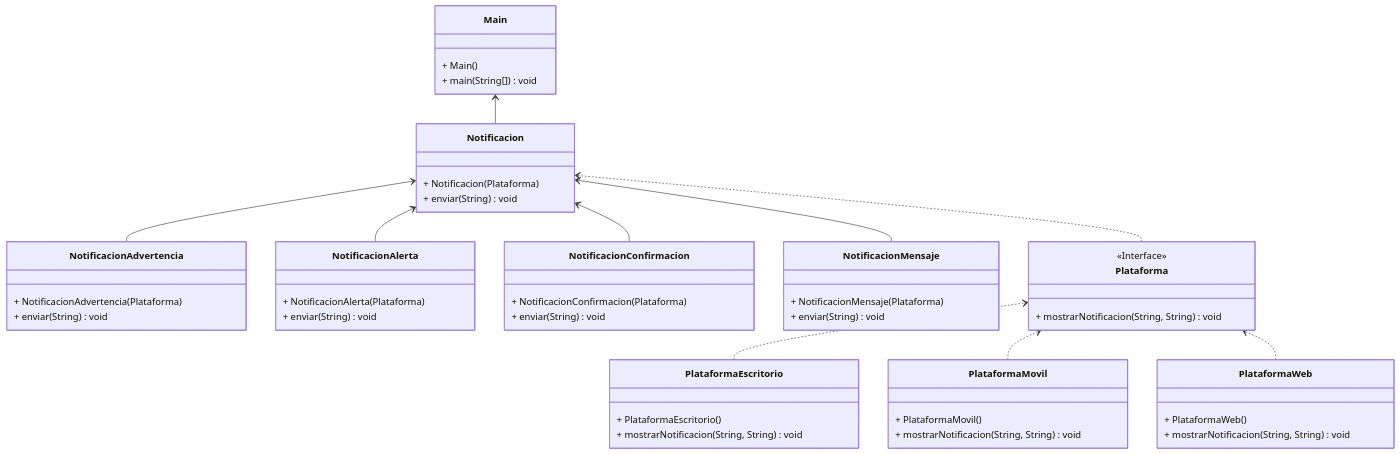
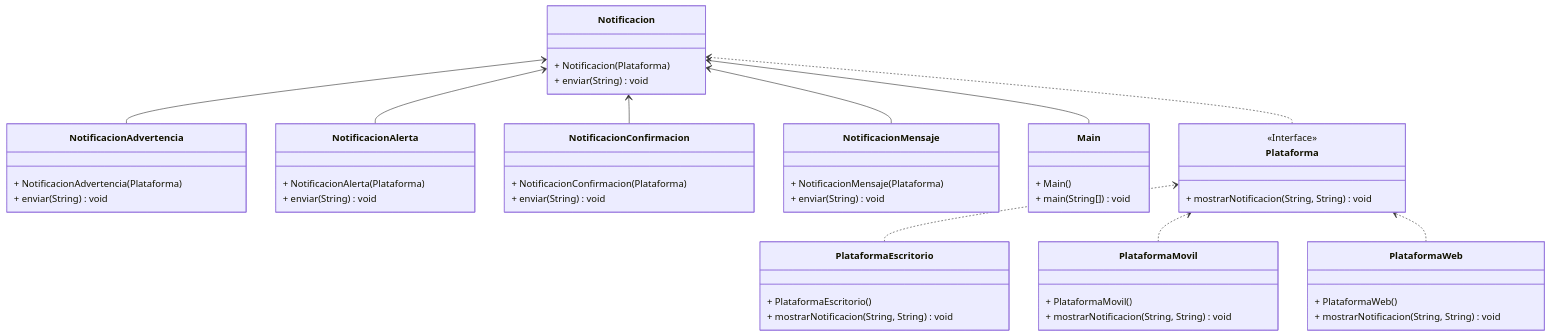
Before and after one commit to earamirez190/unisabana-maestria-arq-sw1-act1: the diagram in escenario2/DiagrmaClases.md, drawn with Mermaid. The commit also changed 1 other file, not shown here.

Commit message:
Escenario 2 ajuste Diagrama clases

````diff
--- a/escenario2/DiagrmaClases.md
+++ b/escenario2/DiagrmaClases.md
@@ -3,58 +3,58 @@
 ```mermaid
 
 
 
 classDiagram
 direction BT
 class Main {
   + Main() 
   + main(String[]) void
 }
 class Notificacion {
   + Notificacion(Plataforma) 
   + enviar(String) void
 }
 class NotificacionAdvertencia {
   + NotificacionAdvertencia(Plataforma) 
   + enviar(String) void
 }
 class NotificacionAlerta {
   + NotificacionAlerta(Plataforma) 
   + enviar(String) void
 }
 class NotificacionConfirmacion {
   + NotificacionConfirmacion(Plataforma) 
   + enviar(String) void
 }
 class NotificacionMensaje {
   + NotificacionMensaje(Plataforma) 
   + enviar(String) void
 }
 class Plataforma {
 <<Interface>>
   + mostrarNotificacion(String, String) void
 }
 class PlataformaEscritorio {
   + PlataformaEscritorio() 
   + mostrarNotificacion(String, String) void
 }
 class PlataformaMovil {
   + PlataformaMovil() 
   + mostrarNotificacion(String, String) void
 }
 class PlataformaWeb {
   + PlataformaWeb() 
   + mostrarNotificacion(String, String) void
 }
 
 NotificacionAdvertencia  -->  Notificacion 
 NotificacionAlerta  -->  Notificacion 
 NotificacionConfirmacion  -->  Notificacion 
 NotificacionMensaje  -->  Notificacion 
 PlataformaEscritorio  ..>  Plataforma 
 PlataformaMovil  ..>  Plataforma 
 PlataformaWeb  ..>  Plataforma 
-Notificacion --> Main 
+Main --> Notificacion   
 Plataforma ..> Notificacion
 
 ```
````
